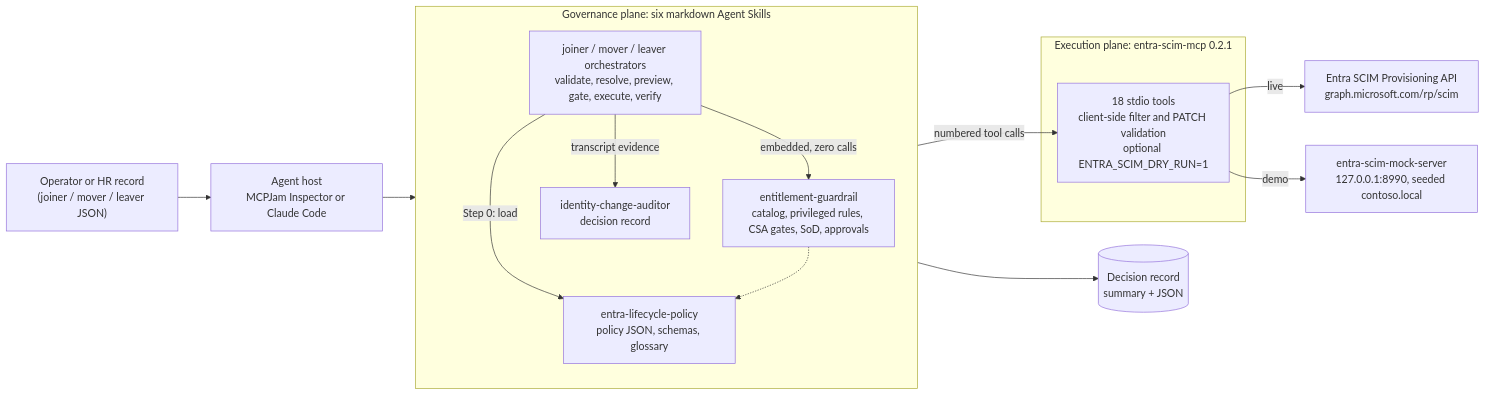
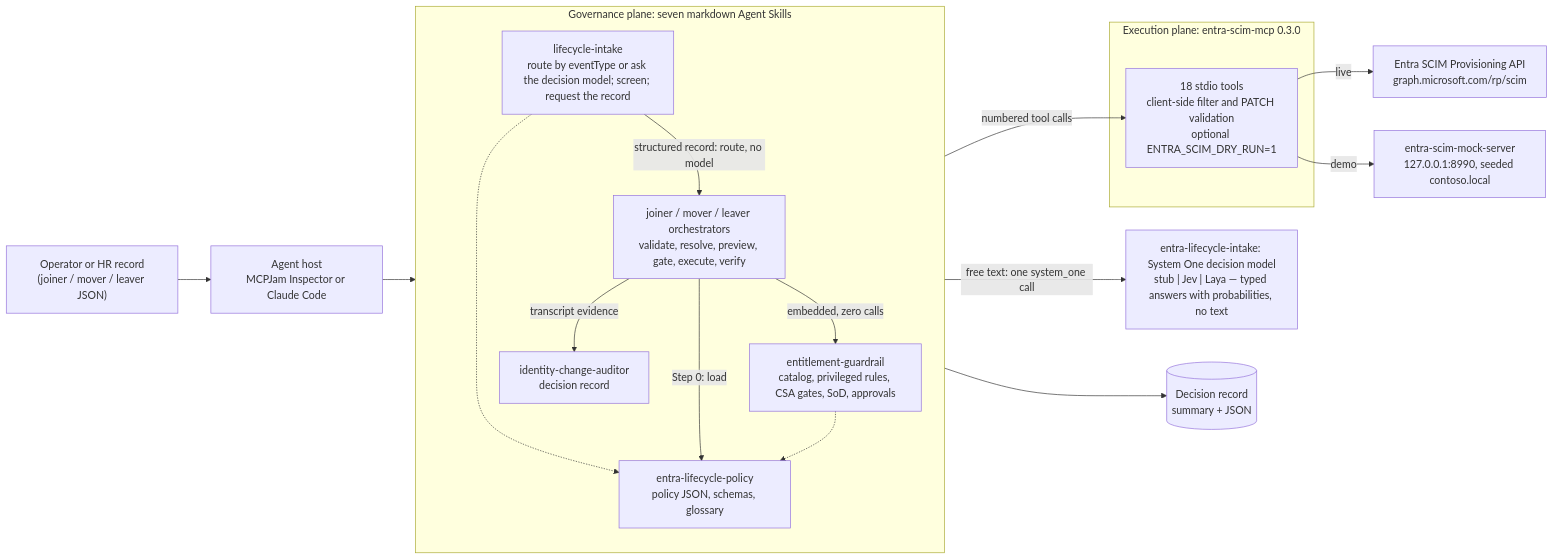
The first of 2 diagrams in docs/architecture.md (darrenjrobinson/entra-scim-mcp-skills), drawn with Mermaid before and after one commit. The commit also changed other lines of this file and 70 other files, not shown here.

Commit message:
entra-lifecycle-guardrails: seven skills, policy 1.2.0, intake front door, demo tooling and recordings

````diff
--- a/docs/architecture.md
+++ b/docs/architecture.md
@@ -7,28 +7,33 @@
 ```mermaid
 flowchart LR
   HR["Operator or HR record<br/>(joiner / mover / leaver JSON)"]
   HOST["Agent host<br/>MCPJam Inspector or Claude Code"]
-  subgraph GOV["Governance plane: six markdown Agent Skills"]
+  subgraph GOV["Governance plane: seven markdown Agent Skills"]
     direction TB
     POL["entra-lifecycle-policy<br/>policy JSON, schemas, glossary"]
+    INTAKE["lifecycle-intake<br/>route by eventType or ask the decision model; screen; request the record"]
     GUARD["entitlement-guardrail<br/>catalog, privileged rules, CSA gates, SoD, approvals"]
     ORCH["joiner / mover / leaver orchestrators<br/>validate, resolve, preview, gate, execute, verify"]
     AUD["identity-change-auditor<br/>decision record"]
   end
-  subgraph EXEC["Execution plane: entra-scim-mcp 0.2.1"]
+  subgraph EXEC["Execution plane: entra-scim-mcp 0.3.0"]
     MCP["18 stdio tools<br/>client-side filter and PATCH validation<br/>optional ENTRA_SCIM_DRY_RUN=1"]
   end
   API["Entra SCIM Provisioning API<br/>graph.microsoft.com/rp/scim"]
   MOCK["entra-scim-mock-server<br/>127.0.0.1:8990, seeded contoso.local"]
+  DEC["entra-lifecycle-intake: System One decision model<br/>stub | Jev | Laya — typed answers with probabilities, no text"]
   REC[("Decision record<br/>summary + JSON")]
 
-  HR --> HOST --> ORCH
+  HR --> HOST --> INTAKE
+  INTAKE -- "structured record: route, no model" --> ORCH
+  INTAKE -- "free text: one system_one call" --> DEC
+  INTAKE -.-> POL
   ORCH -- "Step 0: load" --> POL
   ORCH -- "embedded, zero calls" --> GUARD
   GUARD -.-> POL
   ORCH -- "numbered tool calls" --> MCP
   MCP -- "live" --> API
   MCP -- "demo" --> MOCK
   ORCH -- "transcript evidence" --> AUD
   AUD --> REC
 ```
````
